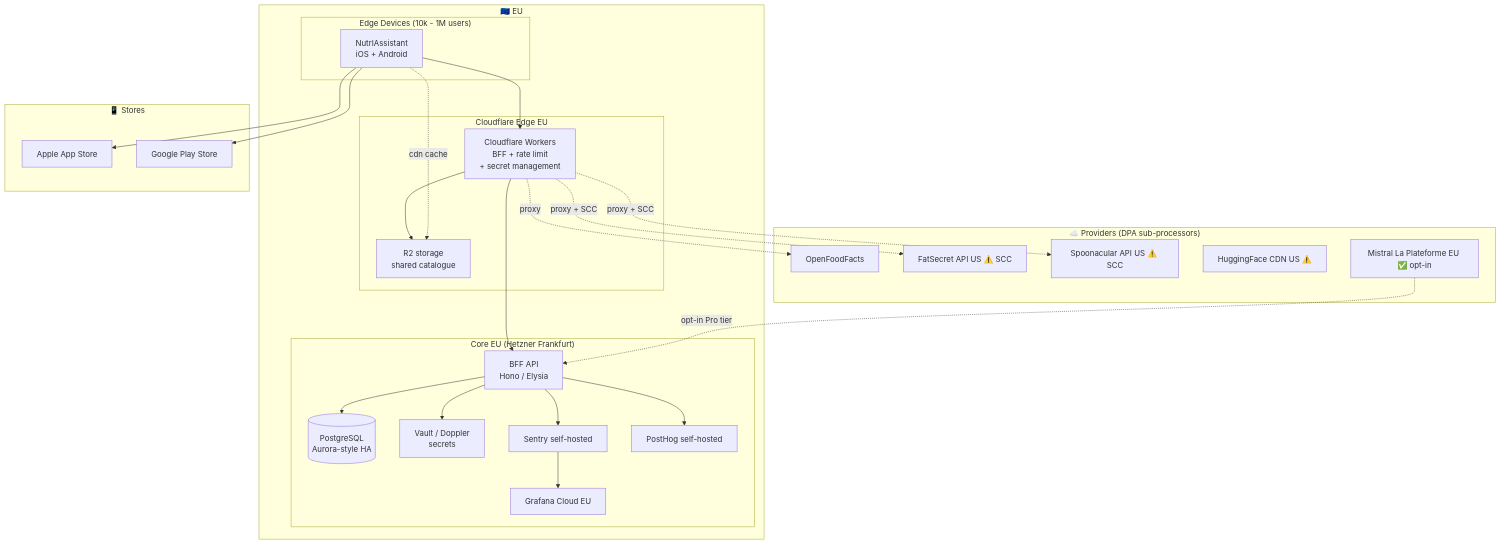
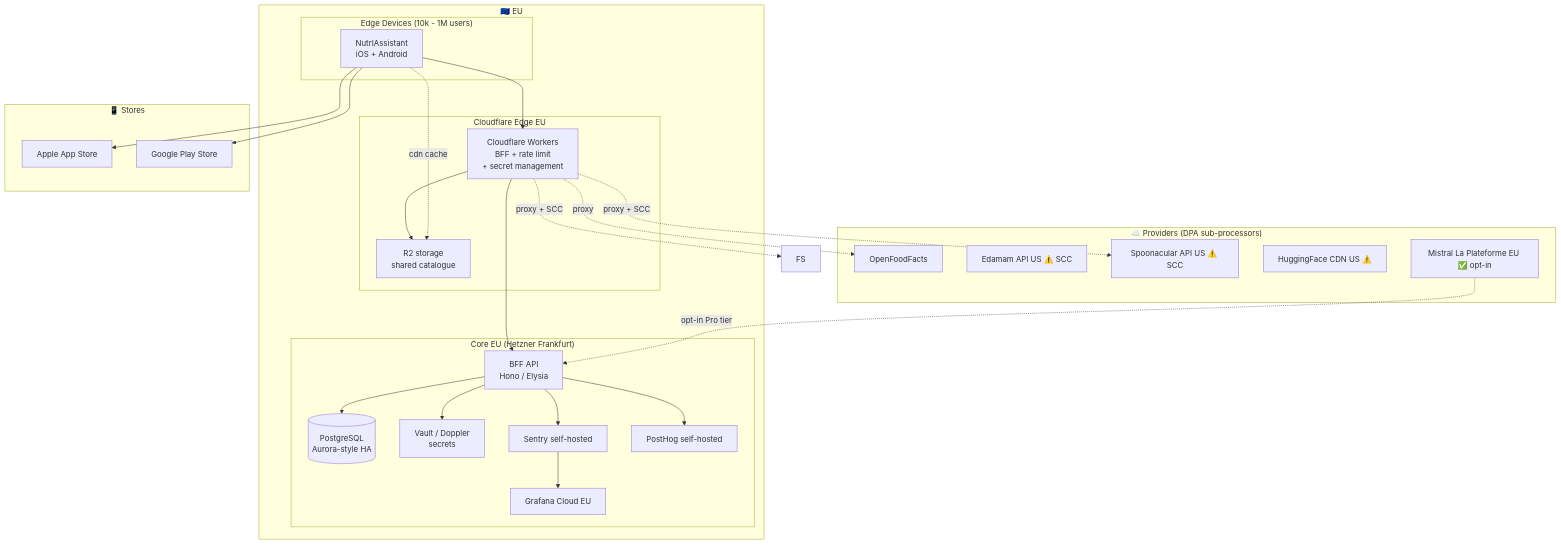
The diagram in docs/data-architecture/08-production-readiness.md (antonionc/nutrIAssistant), drawn with Mermaid before and after one commit. The commit also changed other lines of this file and 18 other files, not shown here.

````diff
--- a/docs/data-architecture/08-production-readiness.md
+++ b/docs/data-architecture/08-production-readiness.md
@@ -7,54 +7,54 @@
 ```mermaid
 flowchart TB
     subgraph EU["🇪🇺 EU"]
         subgraph Edge["Edge Devices (10k - 1M users)"]
             App[NutrIAssistant<br/>iOS + Android]
         end
 
         subgraph CFEdge["Cloudflare Edge EU"]
             CFW[Cloudflare Workers<br/>BFF + rate limit<br/>+ secret management]
             R2[R2 storage<br/>shared catalogue]
         end
 
         subgraph CoreEU["Core EU (Hetzner Frankfurt)"]
             BFFAPI[BFF API<br/>Hono / Elysia]
             PG[(PostgreSQL<br/>Aurora-style HA)]
             Vault[Vault / Doppler<br/>secrets]
             Sentry[Sentry self-hosted]
             PH[PostHog self-hosted]
             Grafana[Grafana Cloud EU]
         end
     end
 
     subgraph Vendors["☁️ Providers (DPA sub-processors)"]
         OFF[OpenFoodFacts]
-        FS[FatSecret API US ⚠️ SCC]
+        ED[Edamam API US ⚠️ SCC]
         SP[Spoonacular API US ⚠️ SCC]
         HF[HuggingFace CDN US ⚠️]
         Mistral[Mistral La Plateforme EU ✅ opt-in]
     end
 
     subgraph Stores["📱 Stores"]
         AppStore[Apple App Store]
         Play[Google Play Store]
     end
 
     App --> CFW
     CFW --> BFFAPI
     CFW --> R2
     BFFAPI --> PG
     BFFAPI --> Vault
     BFFAPI --> Sentry
     BFFAPI --> PH
     Sentry --> Grafana
 
     CFW -.proxy.-> OFF
     CFW -.proxy + SCC.-> FS
     CFW -.proxy + SCC.-> SP
     App -.cdn cache.-> R2
 
     Mistral -.opt-in Pro tier.-> BFFAPI
 
     App --> AppStore
     App --> Play
 ```
````
